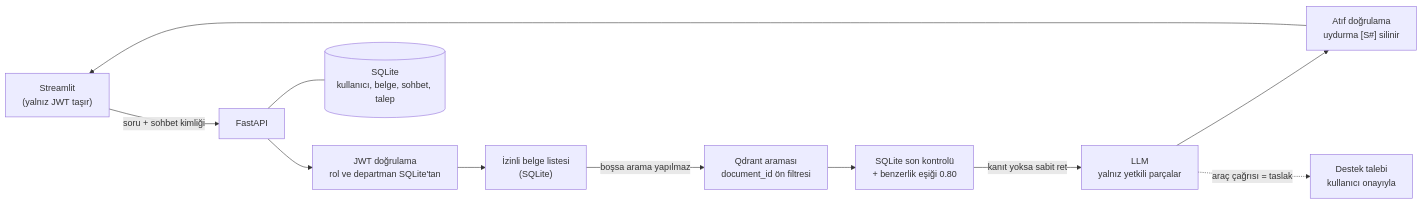
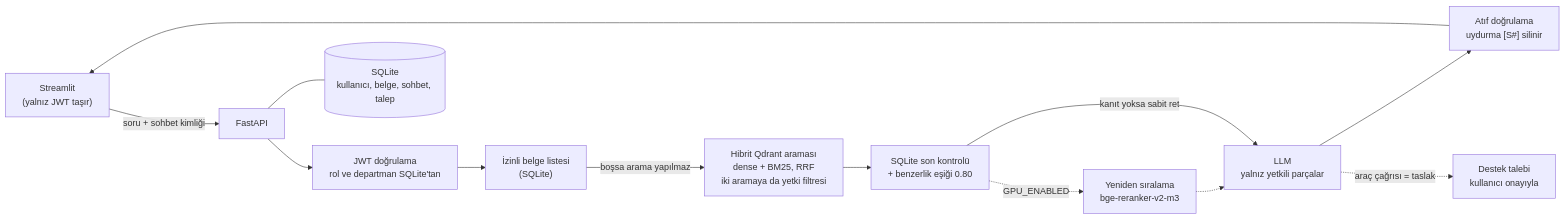
One commit to yunusinal/knowvia changed the diagram in README.md. Above: the diagram before and after it, drawn with Mermaid. The commit also changed other lines of this file and 26 other files, not shown here.

````diff
--- a/README.md
+++ b/README.md
@@ -25,13 +26,15 @@
 ```mermaid
 flowchart LR
     UI["Streamlit<br/>(yalnız JWT taşır)"] -->|"soru + sohbet kimliği"| API["FastAPI"]
     API --> AUTH["JWT doğrulama<br/>rol ve departman SQLite'tan"]
     AUTH --> ACL["İzinli belge listesi<br/>(SQLite)"]
-    ACL -->|"boşsa arama yapılmaz"| QD["Qdrant araması<br/>document_id ön filtresi"]
+    ACL -->|"boşsa arama yapılmaz"| QD["Hibrit Qdrant araması<br/>dense + BM25, RRF<br/>iki aramaya da yetki filtresi"]
     QD --> POST["SQLite son kontrolü<br/>+ benzerlik eşiği 0.80"]
+    POST -.->|"GPU_ENABLED"| RR["Yeniden sıralama<br/>bge-reranker-v2-m3"]
+    RR -.-> LLM
     POST -->|"kanıt yoksa sabit ret"| LLM["LLM<br/>yalnız yetkili parçalar"]
     LLM --> CHECK["Atıf doğrulama<br/>uydurma [S#] silinir"]
     CHECK --> UI
     LLM -.->|"araç çağrısı = taslak"| TICKET["Destek talebi<br/>kullanıcı onayıyla"]
     API --- DB[("SQLite<br/>kullanıcı, belge, sohbet, talep")]
 ```
````
